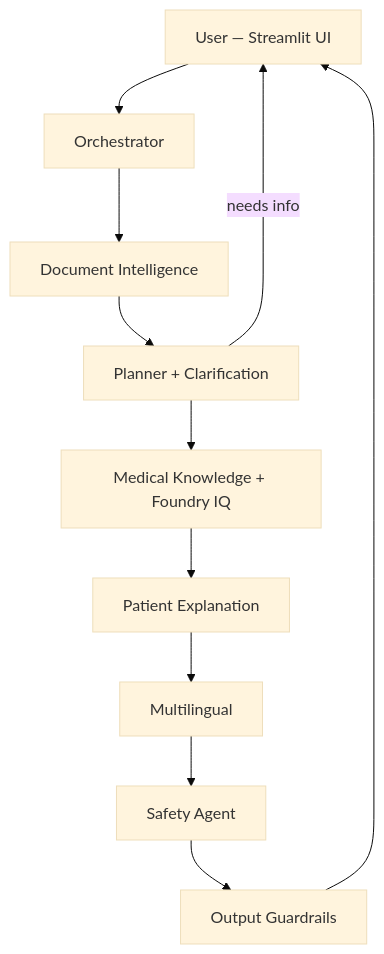
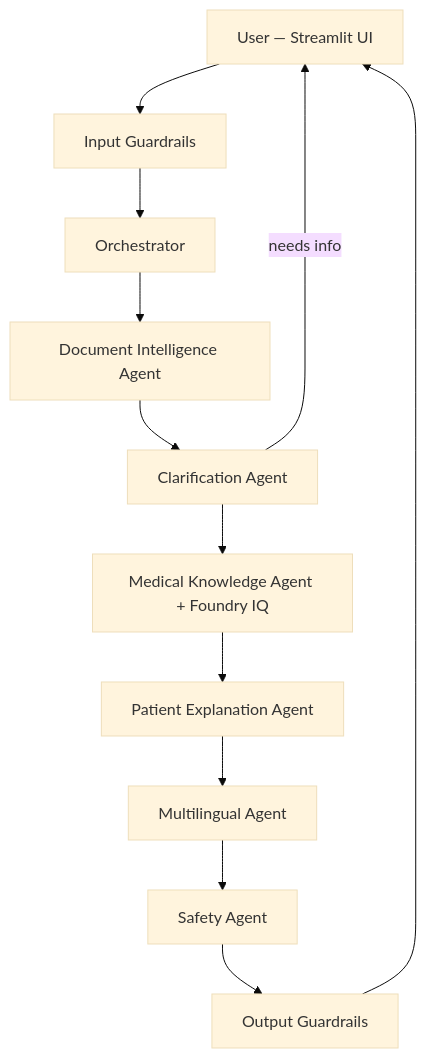
Before and after one commit to Tanvishah15/medbridge-ai: the diagram in README.md, drawn with Mermaid (base theme). The commit also changed other lines of this file and 2 other files, not shown here.

Commit message:
Add architecture diagram image and Mermaid source for README

````diff
--- a/README.md
+++ b/README.md
@@ -44,13 +48,14 @@
 ```mermaid
 flowchart TD
-    A[User — Streamlit UI] --> B[Orchestrator]
-    B --> C[Document Intelligence]
-    C --> D[Planner + Clarification]
-    D -->|needs info| A
-    D --> E[Medical Knowledge + Foundry IQ]
-    E --> F[Patient Explanation]
-    F --> G[Multilingual]
+    U[User — Streamlit UI] --> IG[Input Guardrails]
+    IG --> B[Orchestrator]
+    B --> C[Document Intelligence Agent]
+    C --> D[Clarification Agent]
+    D -->|needs info| U
+    D --> E[Medical Knowledge Agent + Foundry IQ]
+    E --> F[Patient Explanation Agent]
+    F --> G[Multilingual Agent]
     G --> H[Safety Agent]
-    H --> I[Output Guardrails]
-    I --> A
+    H --> OG[Output Guardrails]
+    OG --> U
 ```
````
